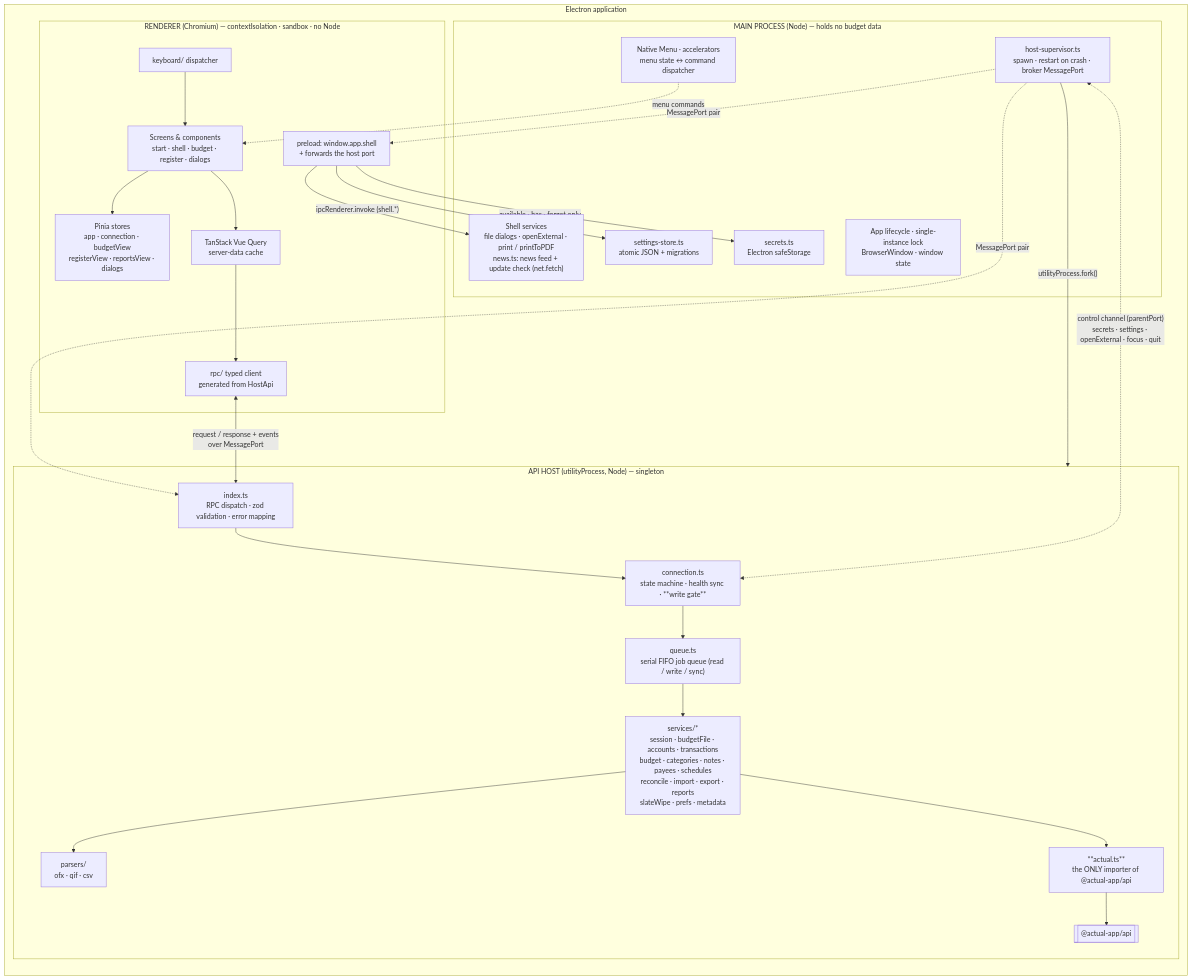
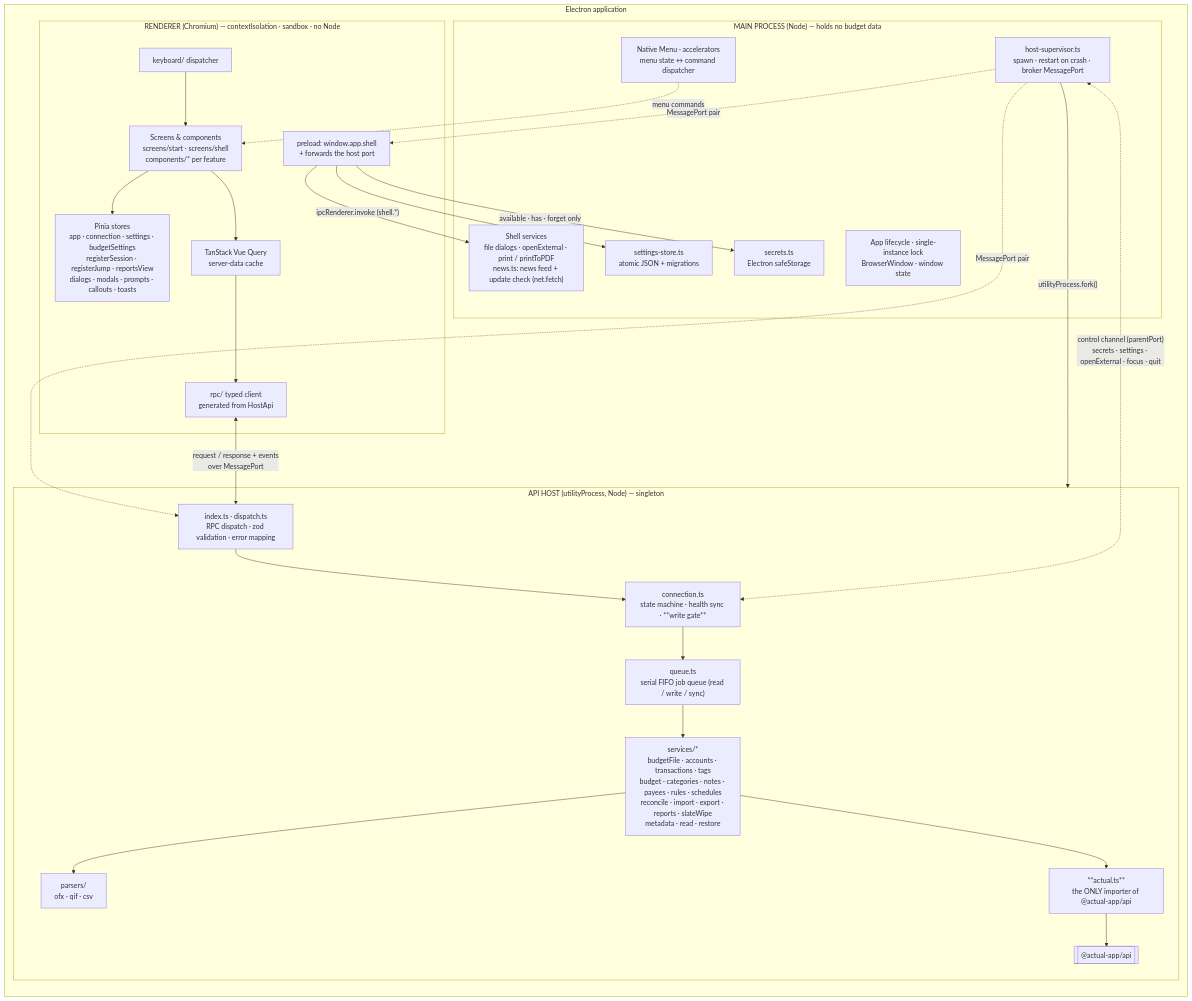
The second of 12 diagrams in docs/architecture.md (thomasjbarrett82/actuality), drawn with Mermaid before and after one commit. The commit also changed other lines of this file and 31 other files, not shown here.

````diff
--- a/docs/architecture.md
+++ b/docs/architecture.md
@@ -48,51 +48,51 @@
 ```mermaid
 flowchart TB
     subgraph electron["Electron application"]
         direction TB
 
         subgraph main["MAIN PROCESS (Node) — holds no budget data"]
             lifecycle["App lifecycle · single-instance lock<br/>BrowserWindow · window state"]
             menu["Native Menu · accelerators<br/>menu state ↔ command dispatcher"]
             shellsvc["Shell services<br/>file dialogs · openExternal · print / printToPDF<br/>news.ts: news feed + update check (net.fetch)"]
             settings["settings-store.ts<br/>atomic JSON + migrations"]
             secrets["secrets.ts<br/>Electron safeStorage"]
             supervisor["host-supervisor.ts<br/>spawn · restart on crash · broker MessagePort"]
         end
 
         subgraph host["API HOST (utilityProcess, Node) — singleton"]
-            dispatch["index.ts<br/>RPC dispatch · zod validation · error mapping"]
+            dispatch["index.ts · dispatch.ts<br/>RPC dispatch · zod validation · error mapping"]
             conn["connection.ts<br/>state machine · health sync · **write gate**"]
             queue["queue.ts<br/>serial FIFO job queue (read / write / sync)"]
-            services["services/*<br/>session · budgetFile · accounts · transactions<br/>budget · categories · notes · payees · schedules<br/>reconcile · import · export · reports<br/>slateWipe · prefs · metadata"]
+            services["services/*<br/>budgetFile · accounts · transactions · tags<br/>budget · categories · notes · payees · rules · schedules<br/>reconcile · import · export · reports · slateWipe<br/>metadata · read · restore"]
             parsers["parsers/<br/>ofx · qif · csv"]
             actualts["**actual.ts**<br/>the ONLY importer of @actual-app/api"]
             api[["@actual-app/api"]]
         end
 
         subgraph renderer["RENDERER (Chromium) — contextIsolation · sandbox · no Node"]
             preload["preload: window.app.shell<br/>+ forwards the host port"]
             rpcclient["rpc/ typed client<br/>generated from HostApi"]
             vq["TanStack Vue Query<br/>server-data cache"]
-            pinia["Pinia stores<br/>app · connection · budgetView<br/>registerView · reportsView · dialogs"]
-            screens["Screens & components<br/>start · shell · budget · register · dialogs"]
+            pinia["Pinia stores<br/>app · connection · settings · budgetSettings<br/>registerSession · registerJump · reportsView<br/>dialogs · modals · prompts · callouts · toasts"]
+            screens["Screens & components<br/>screens/start · screens/shell<br/>components/* per feature"]
             kbd["keyboard/ dispatcher"]
         end
     end
 
     supervisor -- "utilityProcess.fork()" --> host
     supervisor -. "MessagePort pair" .-> dispatch
     supervisor -. "MessagePort pair" .-> preload
     preload -- "ipcRenderer.invoke (shell.*)" --> shellsvc
     preload --> settings
     preload -- "available · has · forget only" --> secrets
     rpcclient <-->|"request / response + events<br/>over MessagePort"| dispatch
     conn <-.->|"control channel (parentPort)<br/>secrets · settings · openExternal · focus · quit"| supervisor
 
     dispatch --> conn --> queue --> services
     services --> parsers
     services --> actualts --> api
     screens --> pinia
     screens --> vq --> rpcclient
     kbd --> screens
     menu -. "menu commands" .-> screens
 ```
````
